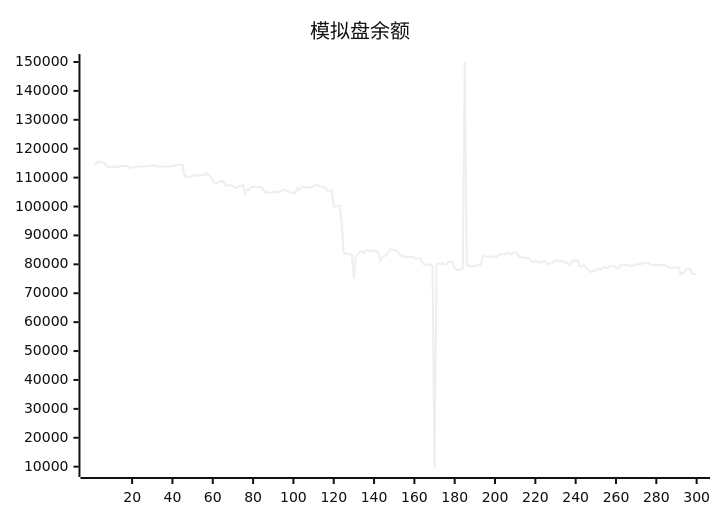
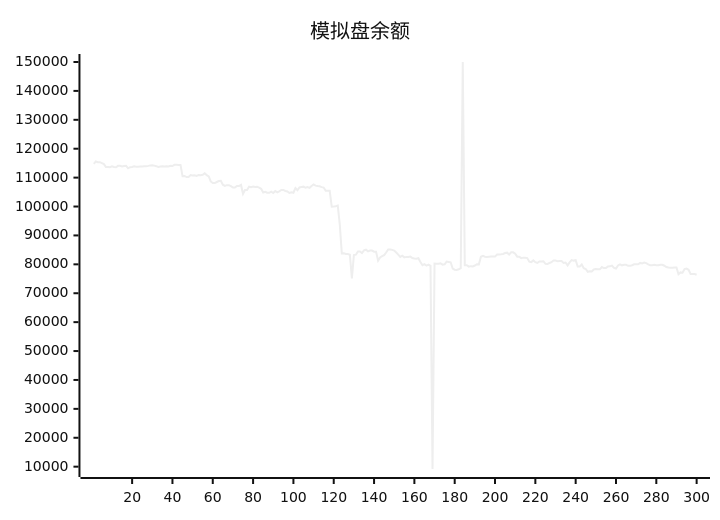
One commit to aahl/ai-trading changed the diagram in README.md. Above: the diagram before and after it, drawn with Mermaid (neutral theme). The commit also changed other lines of this file and 1 other file, not shown here.

````diff
--- a/README.md
+++ b/README.md
@@ -5,5 +5,5 @@
 ```mermaid
 xychart
     title "模拟盘余额"
-    line [114388,114730,115582,115358,115358,115032,114686,113688,113688,113610,113930,113672,113585,114083,114074,113840,113996,114051,113208,113593,113701,113901,113794,113784,113810,113848,113927,113929,114064,114232,114293,114144,113960,113698,113853,113942,113812,113908,113877,114091,113998,114427,114422,114384,114384,110477,110576,110198,110198,110890,110712,110812,110569,110929,110847,110968,111478,110870,110433,108661,108116,108115,108485,108797,108877,107536,107134,107393,107393,107046,106565,106565,107081,107081,107478,104404,105715,105749,106866,106651,106889,106771,106816,106565,106141,104876,105103,104796,104734,105169,104690,105380,104941,105272,105709,105739,105374,105227,104691,104924,104762,106364,105628,106608,106748,106872,106485,106721,106468,107132,107620,107224,107080,107001,106717,106567,105431,105431,105440,99950,100017,100113,100337,93749,83795,83807,83567,83567,83342,75168,83222,83336,84448,84449,83896,84839,85065,84499,84757,84757,84364,84347,81254,82385,82835,83184,84099,85150,85150,85002,84751,84096,83356,82582,82983,82404,82572,82512,82688,82200,82047,81920,82125,80840,79688,80060,79552,79920,79470,9193,80236,80208,80170,80336,79894,80006,80954,80837,80712,78561,78139,78037,78293,78682,150000,79720,79720,79214,79372,79279,79591,80046,79993,82625,82950,82626,82571,82633,82670,82670,82681,83386,83378,83464,83579,83920,84037,83402,84160,84142,83652,82655,82655,82145,82315,82243,82163,80934,80770,81371,80742,80468,80989,80989,81067,80191,80155,80450,80737,81309,81309,81106,81119,81119,80471,80631,79624,80670,81448,81290,81429,79212,79222,79940,78643,78380,77432,77623,77504,78235,78358,78284,78277,79048,78714,78714,79290,79308,79567,78763,78563,79603,79988,79652,79813,79813,79476,79469,79673,79995,80015,80015,80486,80314,80600,80436,79966,79689,79689,79819,79692,79692,79850,79850,79518,79071,78889,78850,78850,78878,78878,76554,77202,77103,78357,78510,78106,76678,76677,76672]
+    line [114730,115582,115358,115358,115032,114686,113688,113688,113610,113930,113672,113585,114083,114074,113840,113996,114051,113208,113593,113701,113901,113794,113784,113810,113848,113927,113929,114064,114232,114293,114144,113960,113698,113853,113942,113812,113908,113877,114091,113998,114427,114422,114384,114384,110477,110576,110198,110198,110890,110712,110812,110569,110929,110847,110968,111478,110870,110433,108661,108116,108115,108485,108797,108877,107536,107134,107393,107393,107046,106565,106565,107081,107081,107478,104404,105715,105749,106866,106651,106889,106771,106816,106565,106141,104876,105103,104796,104734,105169,104690,105380,104941,105272,105709,105739,105374,105227,104691,104924,104762,106364,105628,106608,106748,106872,106485,106721,106468,107132,107620,107224,107080,107001,106717,106567,105431,105431,105440,99950,100017,100113,100337,93749,83795,83807,83567,83567,83342,75168,83222,83336,84448,84449,83896,84839,85065,84499,84757,84757,84364,84347,81254,82385,82835,83184,84099,85150,85150,85002,84751,84096,83356,82582,82983,82404,82572,82512,82688,82200,82047,81920,82125,80840,79688,80060,79552,79920,79470,9193,80236,80208,80170,80336,79894,80006,80954,80837,80712,78561,78139,78037,78293,78682,150000,79720,79720,79214,79372,79279,79591,80046,79993,82625,82950,82626,82571,82633,82670,82670,82681,83386,83378,83464,83579,83920,84037,83402,84160,84142,83652,82655,82655,82145,82315,82243,82163,80934,80770,81371,80742,80468,80989,80989,81067,80191,80155,80450,80737,81309,81309,81106,81119,81119,80471,80631,79624,80670,81448,81290,81429,79212,79222,79940,78643,78380,77432,77623,77504,78235,78358,78284,78277,79048,78714,78714,79290,79308,79567,78763,78563,79603,79988,79652,79813,79813,79476,79469,79673,79995,80015,80015,80486,80314,80600,80436,79966,79689,79689,79819,79692,79692,79850,79850,79518,79071,78889,78850,78850,78878,78878,76554,77202,77103,78357,78510,78106,76678,76677,76672,76411]
 ```
````
